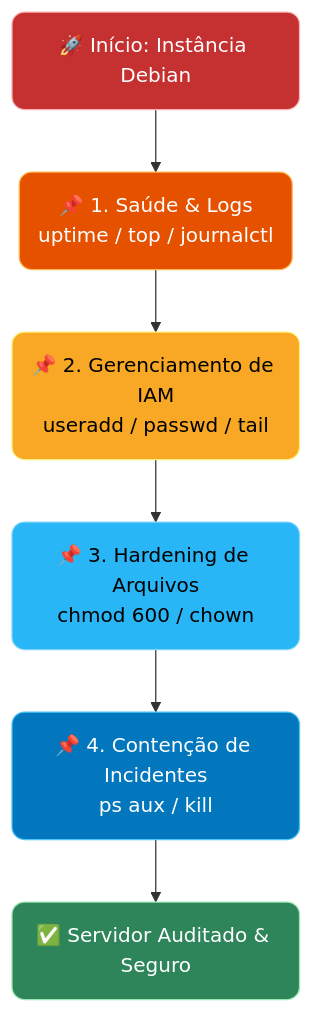
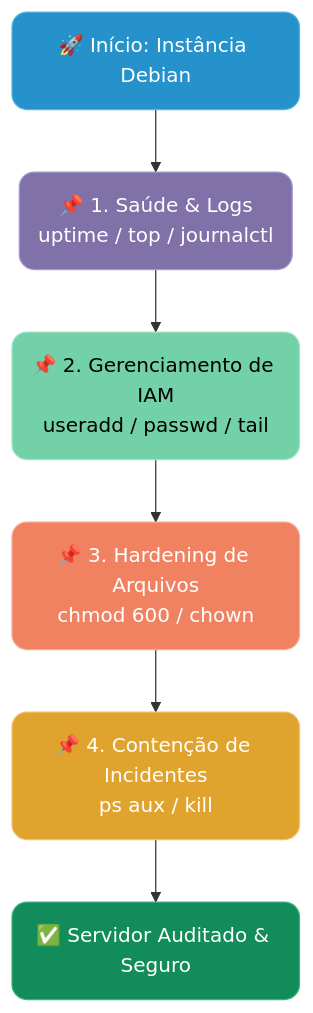
The diagram in README.md (IsadoraVanderlan/debian-security-hardening-case), drawn with Mermaid before and after one commit.

Commit message:
docs: Incluido flowchart

````diff
--- a/README.md
+++ b/README.md
@@ -123,27 +123,21 @@
 ```mermaid
 flowchart TD
     %% Definição da Estrutura e Conteúdo
     A("🚀 Início: Instância Debian") --> B("📌 1. Saúde & Logs<br>uptime / top / journalctl")
     B --> C("📌 2. Gerenciamento de IAM<br>useradd / passwd / tail")
     C --> D("📌 3. Hardening de Arquivos<br>chmod 600 / chown")
     D --> E("📌 4. Contenção de Incidentes<br>ps aux / kill")
     E --> F("✅ Servidor Auditado & Seguro")
 
-    %% Estilos de Modernização (Arredondamento Universal)
-    classDef rounded rx:10, ry:10;
+    %% Estilos de Arredondamento
+    classDef rounded rx:12, ry:12;
     class A,B,C,D,E,F rounded;
 
-    %% Estilos de Cores (Progressão da Crítica para a Segurança)
-    %% Início (Alerta/Crítico)
-    style A fill:#c53030,stroke:#feb2b2,color:#fff
-    %% Passo 1 (Atenção/Aviso)
-    style B fill:#e65100,stroke:#ffb74d,color:#fff
-    %% Passo 2 (Informação Básica/Amarelo)
-    style C fill:#f9a825,stroke:#fff176,color:#000
-    %% Passo 3 (Ação Progressiva/Azul Claro)
-    style D fill:#29b6f6,stroke:#81d4fa,color:#000
-    %% Passo 4 (Contenção/Ação Forte/Azul Escuro)
-    style E fill:#0277bd,stroke:#4fc3f7,color:#fff
-    %% Final (Seguro/Sucesso/Verde)
-    style F fill:#2f855a,stroke:#9ae6b4,color:#fff
+    %% Aplicação Exata das Cores da Imagem
+    style A fill:#2592cb,stroke:#58b4e2,color:#ffffff
+    style B fill:#8071a9,stroke:#a699cb,color:#ffffff
+    style C fill:#72d1a8,stroke:#9ee5c6,color:#000000
+    style D fill:#f08261,stroke:#f8aa91,color:#ffffff
+    style E fill:#e0a32e,stroke:#f1c261,color:#ffffff
+    style F fill:#128c5a,stroke:#3bb480,color:#ffffff
 ```
````
